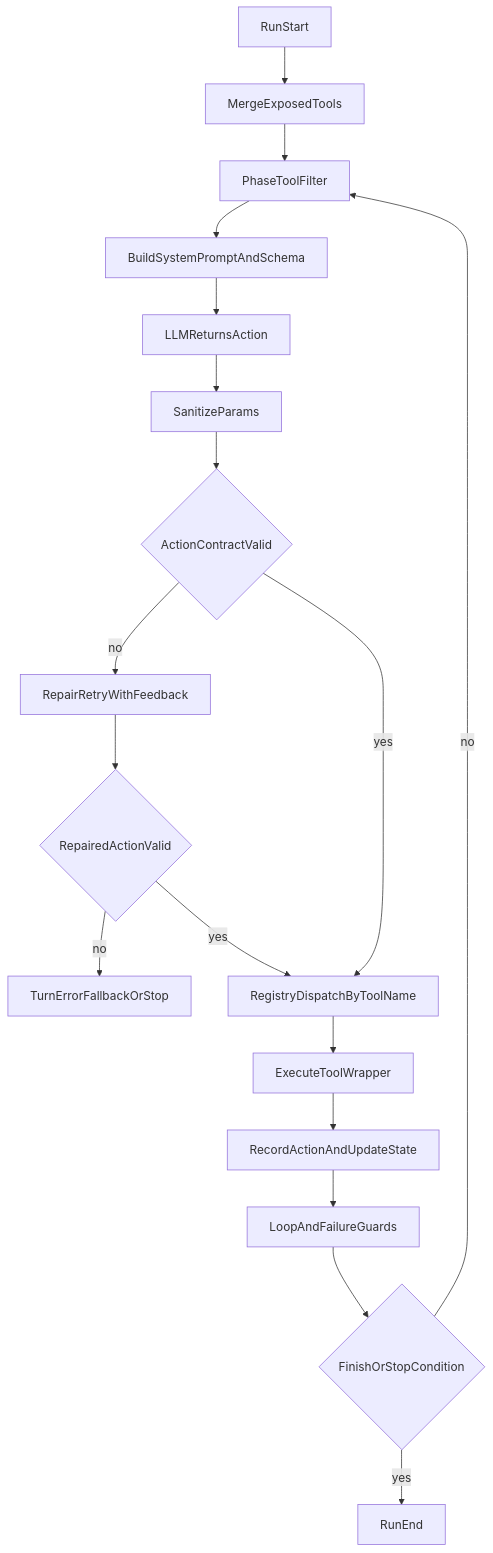
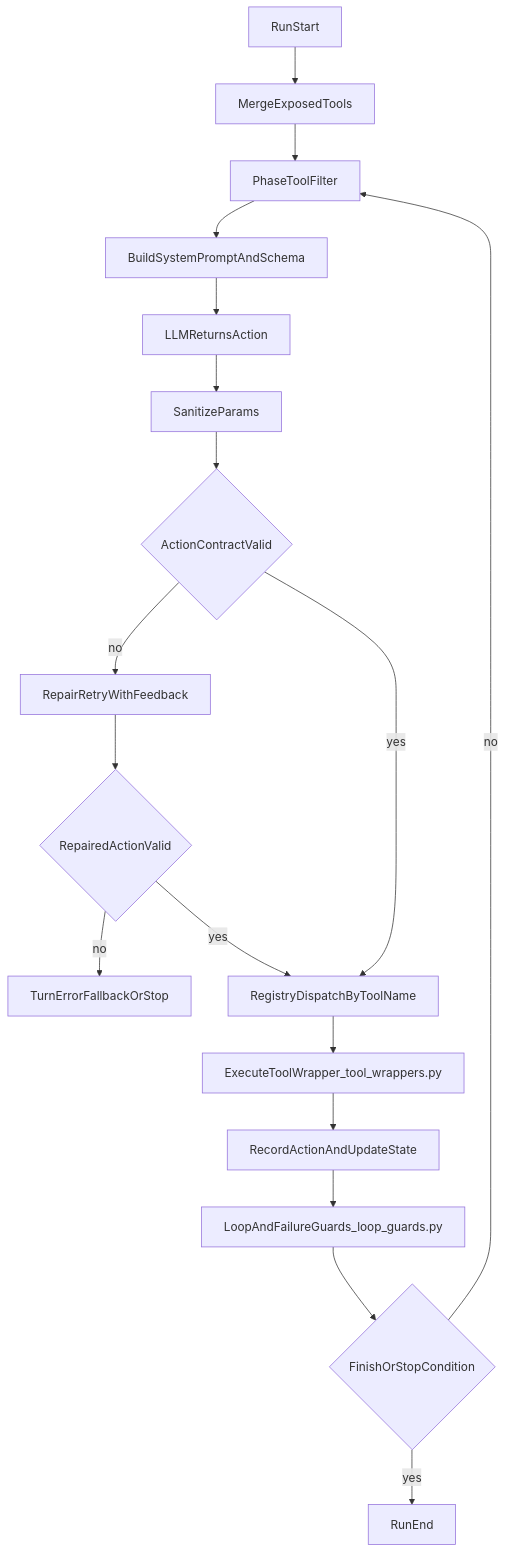
The first of 3 diagrams in docs/architecture.md (TUM-Social-AI/invoice-agent), drawn with Mermaid before and after one commit. The commit also changed other lines of this file and 2 other files, not shown here.

````diff
--- a/docs/architecture.md
+++ b/docs/architecture.md
@@ -15,20 +20,20 @@
 ```mermaid
 flowchart TD
   runStart[RunStart] --> exposedMerge[MergeExposedTools]
   exposedMerge --> phaseFilter[PhaseToolFilter]
   phaseFilter --> promptBuild[BuildSystemPromptAndSchema]
   promptBuild --> llmAction[LLMReturnsAction]
   llmAction --> sanitize[SanitizeParams]
   sanitize --> contractCheck{ActionContractValid}
   contractCheck -->|"no"| repairTry[RepairRetryWithFeedback]
   repairTry --> contractRecheck{RepairedActionValid}
   contractRecheck -->|"no"| failTurn[TurnErrorFallbackOrStop]
   contractRecheck -->|"yes"| dispatch
   contractCheck -->|"yes"| dispatch[RegistryDispatchByToolName]
-  dispatch --> toolExec[ExecuteToolWrapper]
+  dispatch --> toolExec[ExecuteToolWrapper_tool_wrappers.py]
   toolExec --> stateUpdate[RecordActionAndUpdateState]
-  stateUpdate --> guards[LoopAndFailureGuards]
+  stateUpdate --> guards[LoopAndFailureGuards_loop_guards.py]
   guards --> doneCheck{FinishOrStopCondition}
   doneCheck -->|"no"| phaseFilter
   doneCheck -->|"yes"| runEnd[RunEnd]
 ```
````
